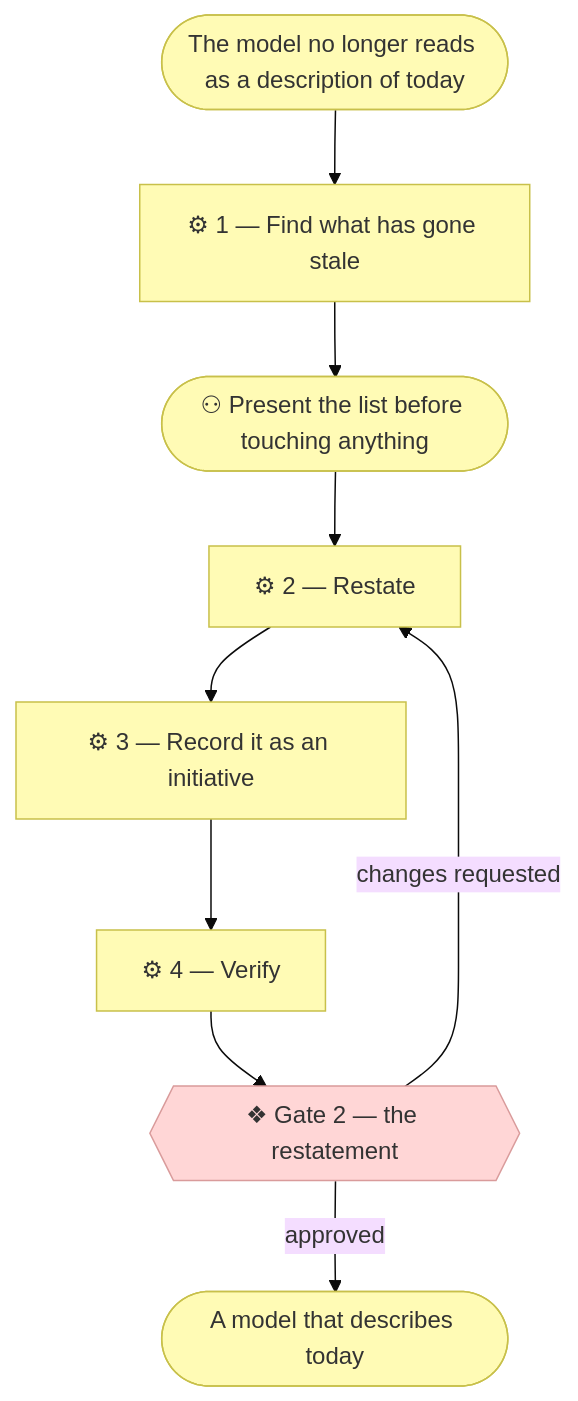
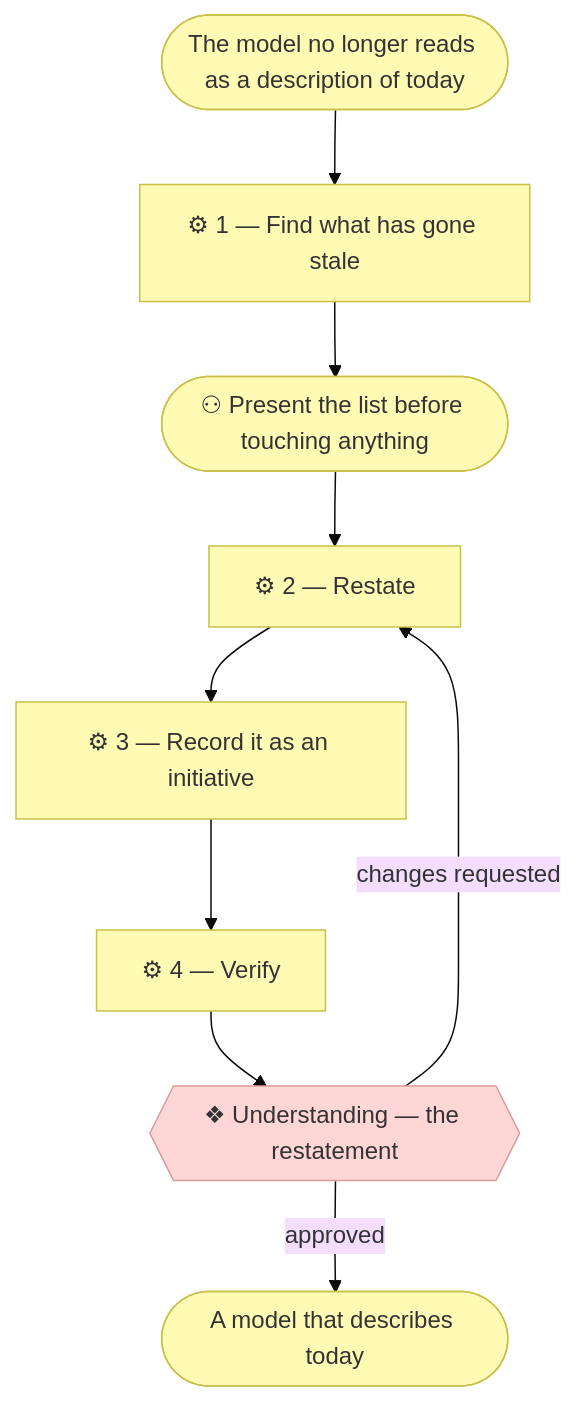
One commit to roanboc/archreator changed the diagram in plugins/archreator/skills/restate-current-state/SKILL.md. Above: the diagram before and after it, drawn with Mermaid (base theme). The commit also changed other lines of this file and 32 other files, not shown here.

````diff
--- a/plugins/archreator/skills/restate-current-state/SKILL.md
+++ b/plugins/archreator/skills/restate-current-state/SKILL.md
@@ -45,20 +45,20 @@
 ```mermaid
 flowchart TD
   drift(["The model no longer reads as a description of today"])
   s1["⚙ 1 — Find what has gone stale"]
   ask(["⚇ Present the list before touching anything"])
   s2["⚙ 2 — Restate"]
   s3["⚙ 3 — Record it as an initiative"]
   s4["⚙ 4 — Verify"]
-  g2{{"❖ Gate 2 — the restatement"}}
+  g2{{"❖ Understanding — the restatement"}}
   out(["A model that describes today"])
 
   drift --> s1 --> ask --> s2 --> s3 --> s4 --> g2
   g2 -->|changes requested| s2
   g2 -->|approved| out
 
   classDef business fill:#fffbb5,stroke:#c8c04a,color:#333
   classDef implementation fill:#ffd6d6,stroke:#d99b9b,color:#333
   class s1,s2,s3,s4,drift,ask,out business
   class g2 implementation
 ```
````
